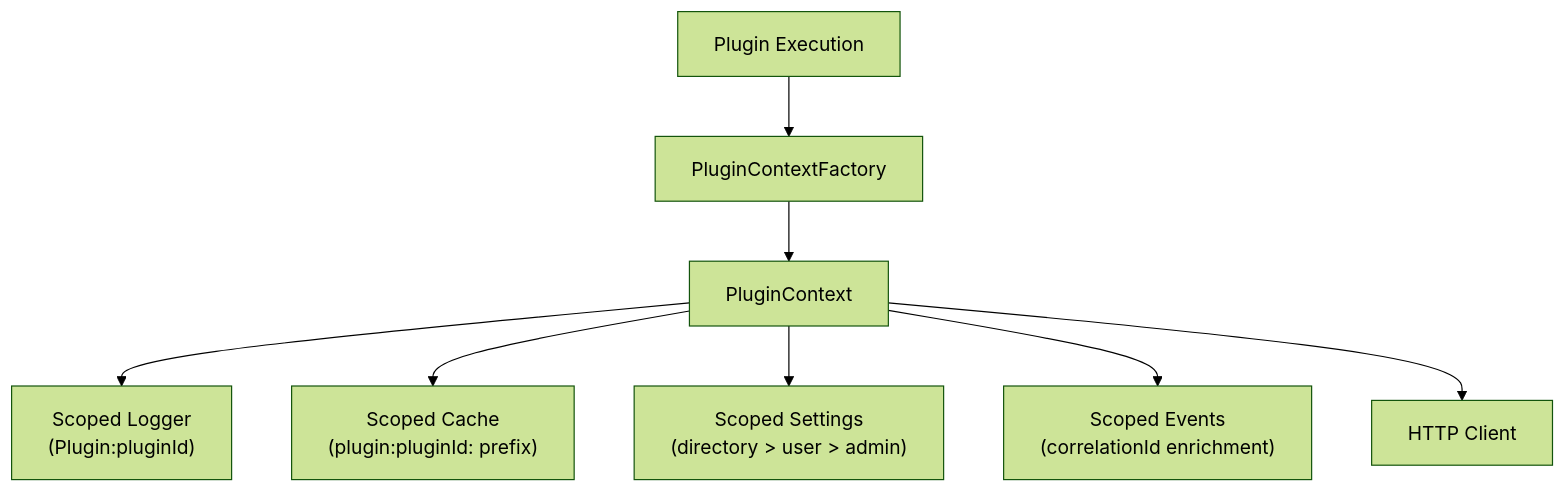
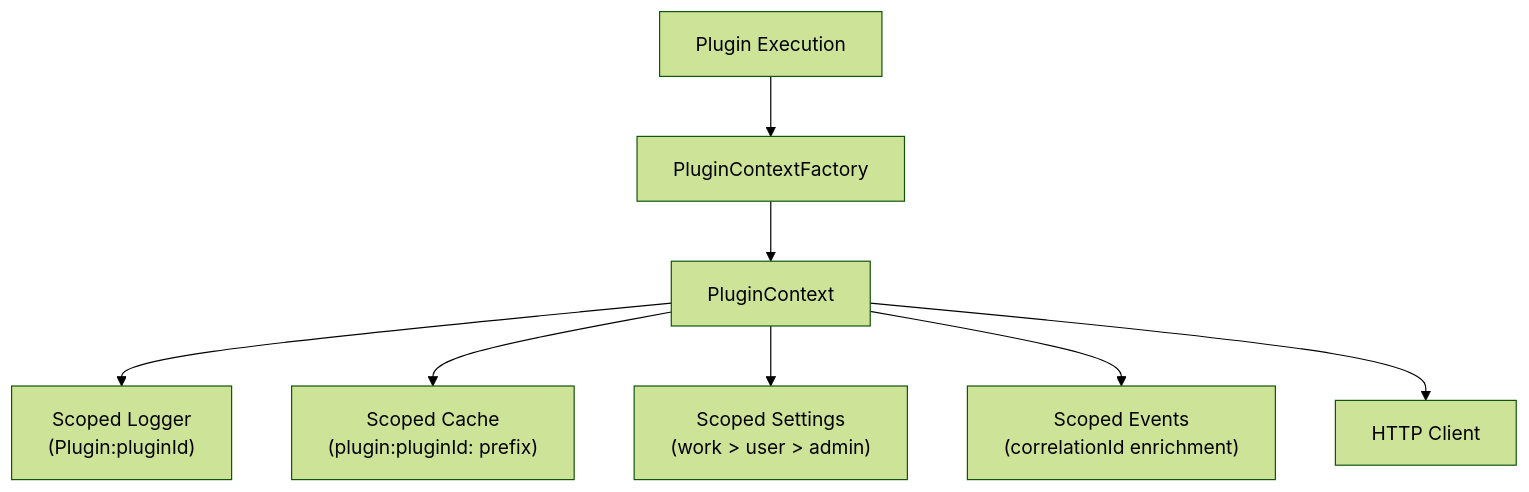
One commit to ever-works/ever-works changed the fifth of 6 diagrams in docs/advanced/multi-tenancy.md. Above: the diagram before and after it, drawn with Mermaid (forest theme). The commit also changed other lines of this file and 395 other files, not shown here.

````diff
--- a/docs/advanced/multi-tenancy.md
+++ b/docs/advanced/multi-tenancy.md
@@ -315,10 +315,10 @@
 ```mermaid
 graph TD
     A[Plugin Execution] --> B[PluginContextFactory]
     B --> C["PluginContext"]
     C --> D["Scoped Logger<br/>(Plugin:pluginId)"]
     C --> E["Scoped Cache<br/>(plugin:pluginId: prefix)"]
-    C --> F["Scoped Settings<br/>(directory > user > admin)"]
+    C --> F["Scoped Settings<br/>(work > user > admin)"]
     C --> G["Scoped Events<br/>(correlationId enrichment)"]
     C --> H["HTTP Client"]
 ```
````
